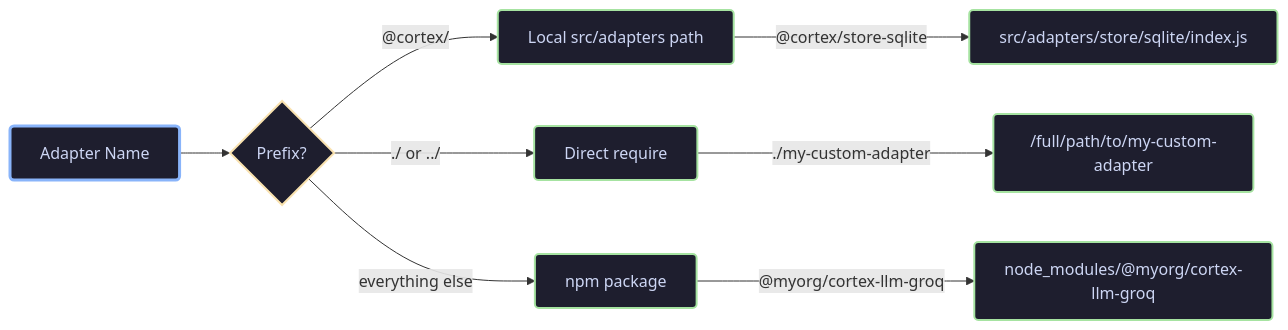
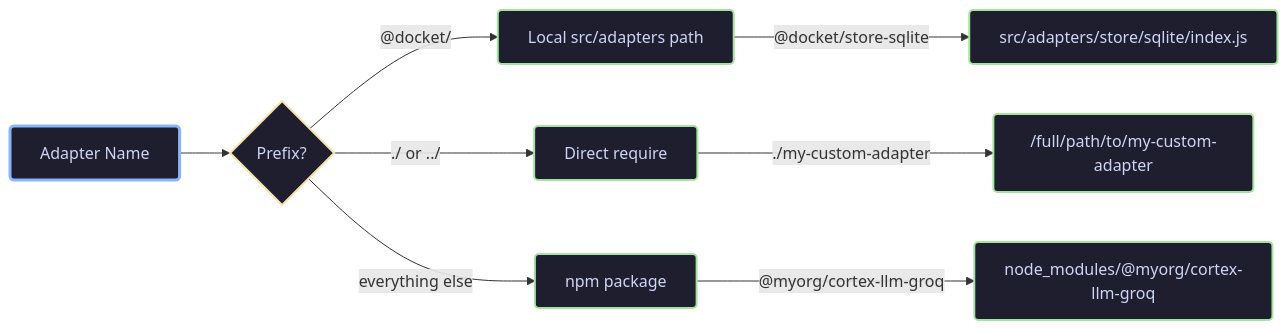
One commit to revanth0212/docket changed the second of 3 diagrams in docs/content/docs/developers/architecture/adapter-architecture.mdx. Above: the diagram before and after it, drawn with Mermaid. The commit also changed other lines of this file and 51 other files, not shown here.

First line of the commit message:
rebrand: rename Cortex to Docket

````diff
--- a/docs/content/docs/developers/architecture/adapter-architecture.mdx
+++ b/docs/content/docs/developers/architecture/adapter-architecture.mdx
@@ -89,19 +89,19 @@
 ```mermaid
 flowchart LR
     A["Adapter Name"] --> B{"Prefix?"}
-    B -->|"@cortex/"| C["Local src/adapters path"]
+    B -->|"@docket/"| C["Local src/adapters path"]
     B -->|"./ or ../"| D["Direct require"]
     B -->|"everything else"| E["npm package"]
-    C -->|"@cortex/store-sqlite"| F["src/adapters/store/sqlite/index.js"]
+    C -->|"@docket/store-sqlite"| F["src/adapters/store/sqlite/index.js"]
     D -->|"./my-custom-adapter"| G["/full/path/to/my-custom-adapter"]
     E -->|"@myorg/cortex-llm-groq"| H["node_modules/@myorg/cortex-llm-groq"]
 
     classDef default fill:#1e1e2e,stroke:#45475a,stroke-width:2px,color:#cdd6f4,rx:4,ry:4
     classDef input stroke:#89b4fa,stroke-width:3px
     classDef decision stroke:#f9e2af,stroke-width:2px
     classDef output stroke:#a6e3a1,stroke-width:2px
 
     class A input
     class B decision
     class C,D,E,F,G,H output
 ```
````
